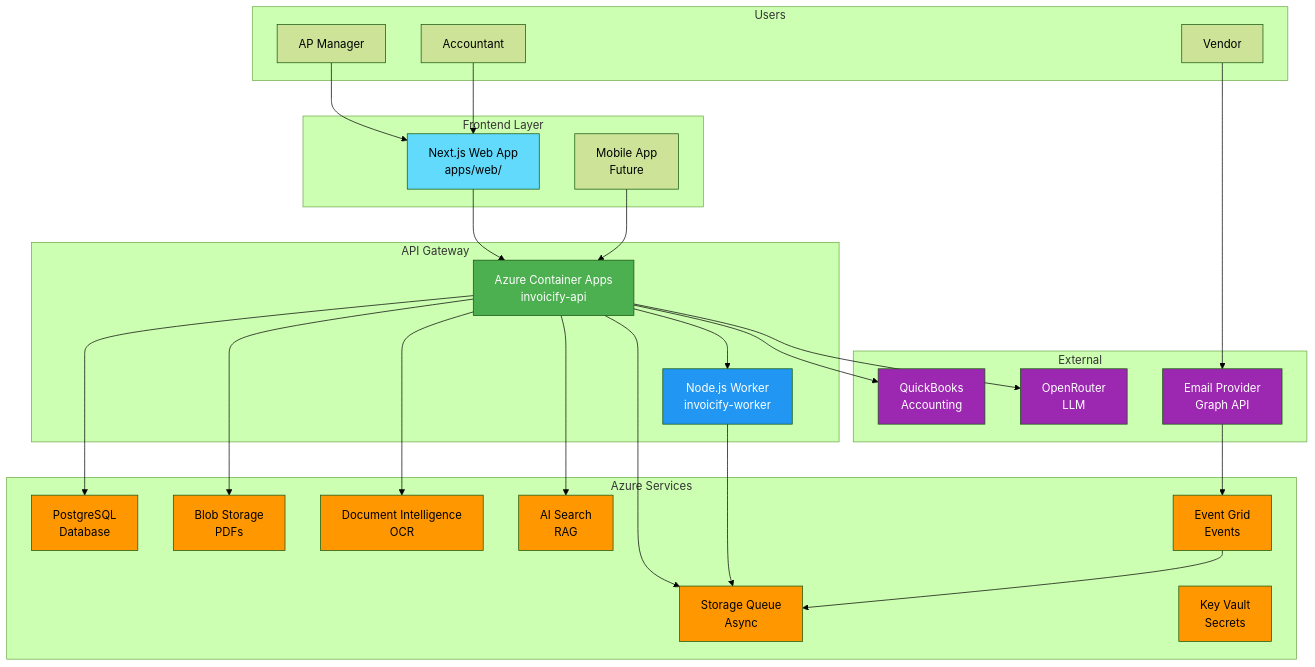
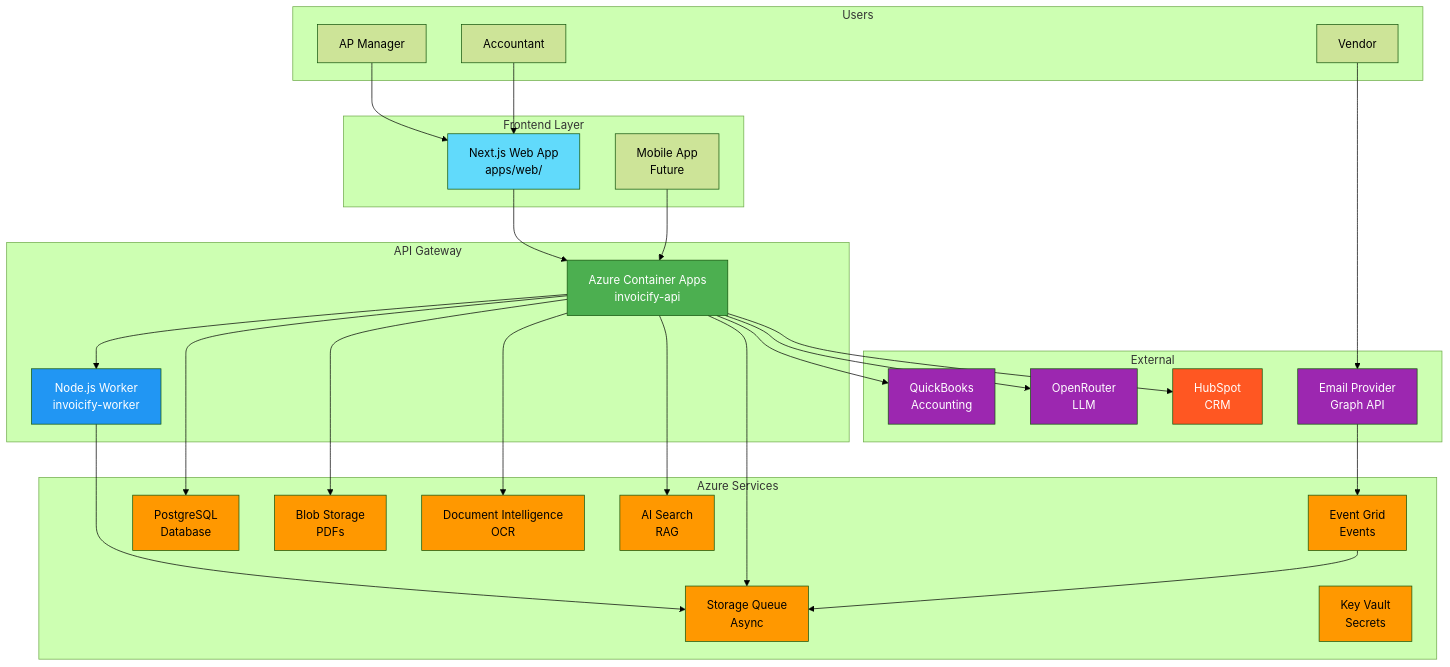
The first of 2 diagrams in ARCHITECTURE.md (Aparnap2/invoicify), drawn with Mermaid (forest theme) before and after one commit. The commit also changed other lines of this file and 4 other files, not shown here.

First line of the commit message:
docs: Update all documentation with HubSpot integration + better Mermaid diagrams

````diff
--- a/ARCHITECTURE.md
+++ b/ARCHITECTURE.md
@@ -30,65 +30,68 @@
 ```mermaid
 flowchart TB
     subgraph "Users"
         A[AP Manager]
         B[Accountant]
         C[Vendor]
     end
     
     subgraph "Frontend Layer"
         D[Next.js Web App<br/>apps/web/]
         E[Mobile App<br/>Future]
     end
     
     subgraph "API Gateway"
         F[Azure Container Apps<br/>invoicify-api]
         G[Node.js Worker<br/>invoicify-worker]
     end
     
     subgraph "Azure Services"
         H[PostgreSQL<br/>Database]
         I[Blob Storage<br/>PDFs]
         J[Document Intelligence<br/>OCR]
         K[AI Search<br/>RAG]
         L[Storage Queue<br/>Async]
         M[Event Grid<br/>Events]
         N[Key Vault<br/>Secrets]
     end
     
     subgraph "External"
         O[QuickBooks<br/>Accounting]
         P[OpenRouter<br/>LLM]
         Q[Email Provider<br/>Graph API]
+        R[HubSpot<br/>CRM]
     end
-    
+
     A --> D
     B --> D
     C --> Q
     D --> F
     E --> F
     F --> G
     F --> H
     F --> I
     F --> J
     F --> K
     F --> L
     G --> L
     F --> O
     F --> P
+    F --> R
     Q --> M
     M --> L
-    
+
     style D fill:#61DAFB
     style F fill:#4CAF50,color:#fff
     style G fill:#2196F3,color:#fff
     style H fill:#FF9800
     style I fill:#FF9800
     style J fill:#FF9800
     style K fill:#FF9800
     style L fill:#FF9800
     style M fill:#FF9800
     style N fill:#FF9800
     style O fill:#9C27B0,color:#fff
     style P fill:#9C27B0,color:#fff
     style Q fill:#9C27B0,color:#fff
+    style R fill:#FF5722,color:#fff
 ```
````
